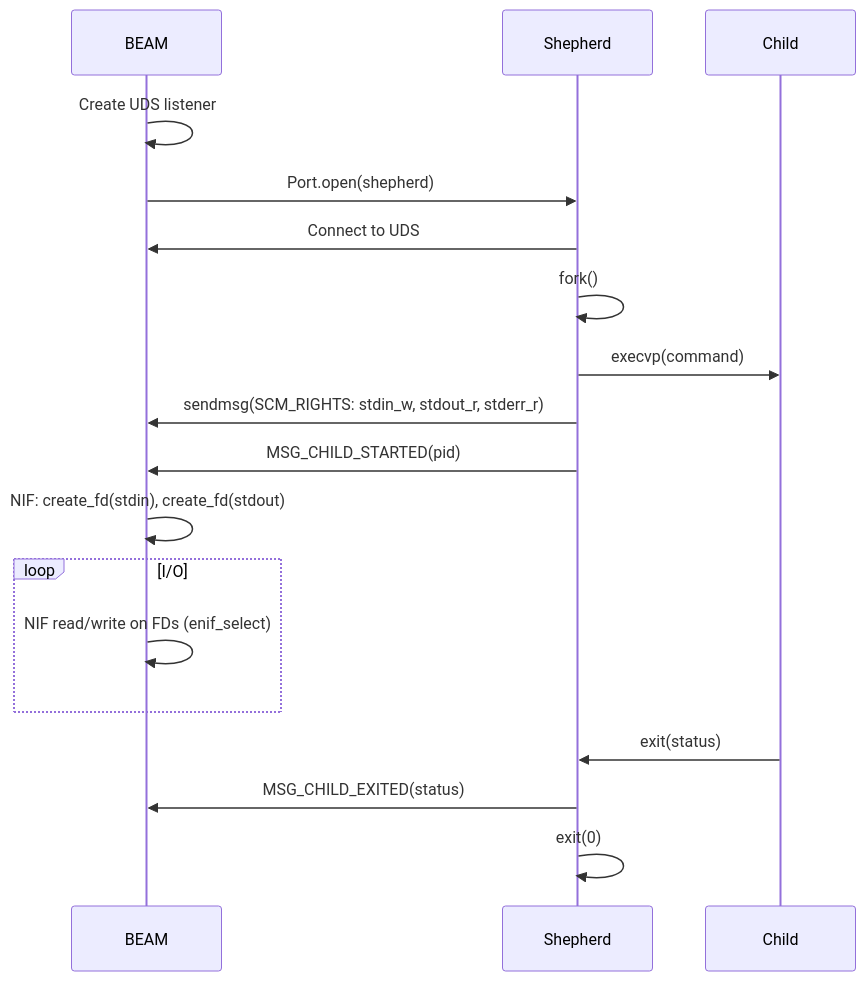
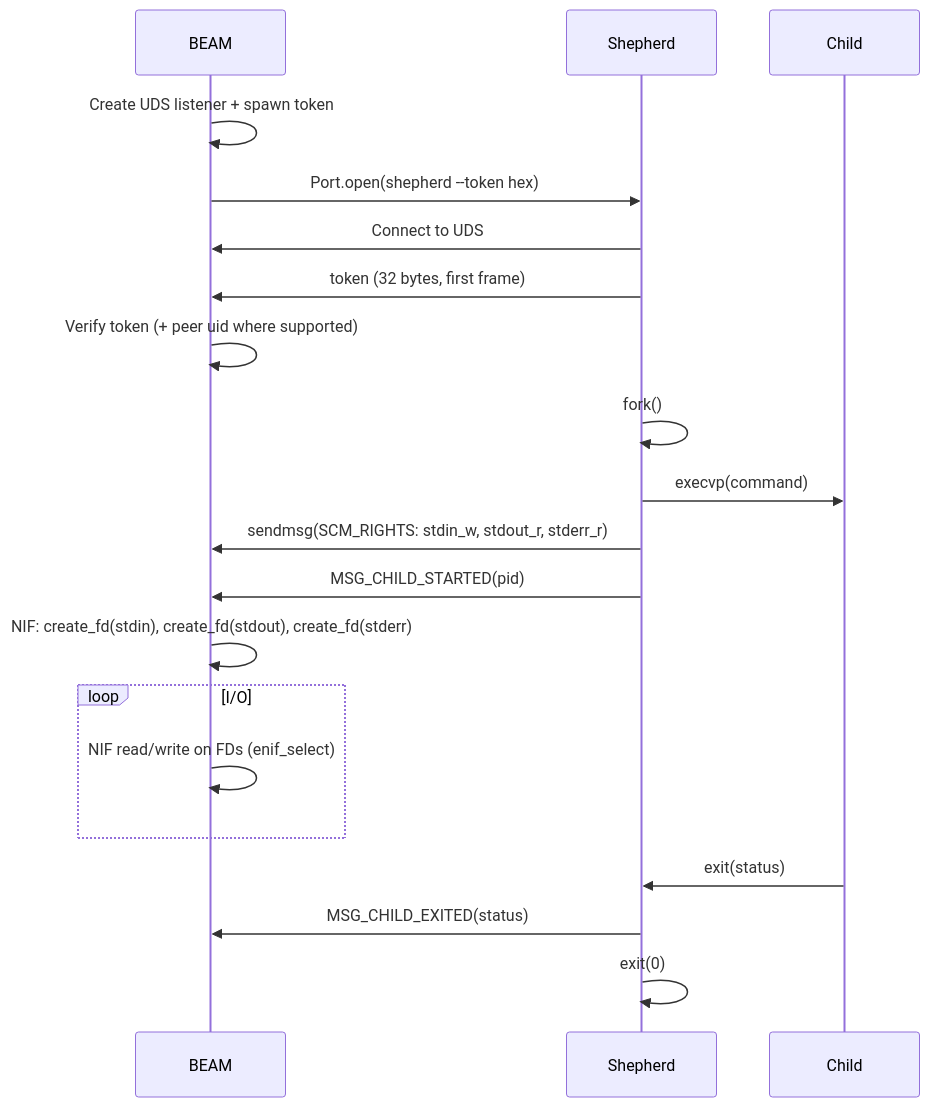
Before and after one commit to nyo16/net_runner: the second of 3 diagrams in docs/architecture.md, drawn with Mermaid. The commit also changed other lines of this file and 48 other files, not shown here.

````diff
--- a/docs/architecture.md
+++ b/docs/architecture.md
@@ -25,23 +31,25 @@
 ```mermaid
 sequenceDiagram
     participant B as BEAM
     participant S as Shepherd
     participant C as Child
 
-    B->>B: Create UDS listener
-    B->>S: Port.open(shepherd)
+    B->>B: Create UDS listener + spawn token
+    B->>S: Port.open(shepherd --token hex)
     S->>B: Connect to UDS
+    S->>B: token (32 bytes, first frame)
+    B->>B: Verify token (+ peer uid where supported)
     S->>S: fork()
     S->>C: execvp(command)
     S->>B: sendmsg(SCM_RIGHTS: stdin_w, stdout_r, stderr_r)
     S->>B: MSG_CHILD_STARTED(pid)
-    B->>B: NIF: create_fd(stdin), create_fd(stdout)
+    B->>B: NIF: create_fd(stdin), create_fd(stdout), create_fd(stderr)
 
     loop I/O
         B->>B: NIF read/write on FDs (enif_select)
     end
 
     C->>S: exit(status)
     S->>B: MSG_CHILD_EXITED(status)
     S->>S: exit(0)
 ```
````
